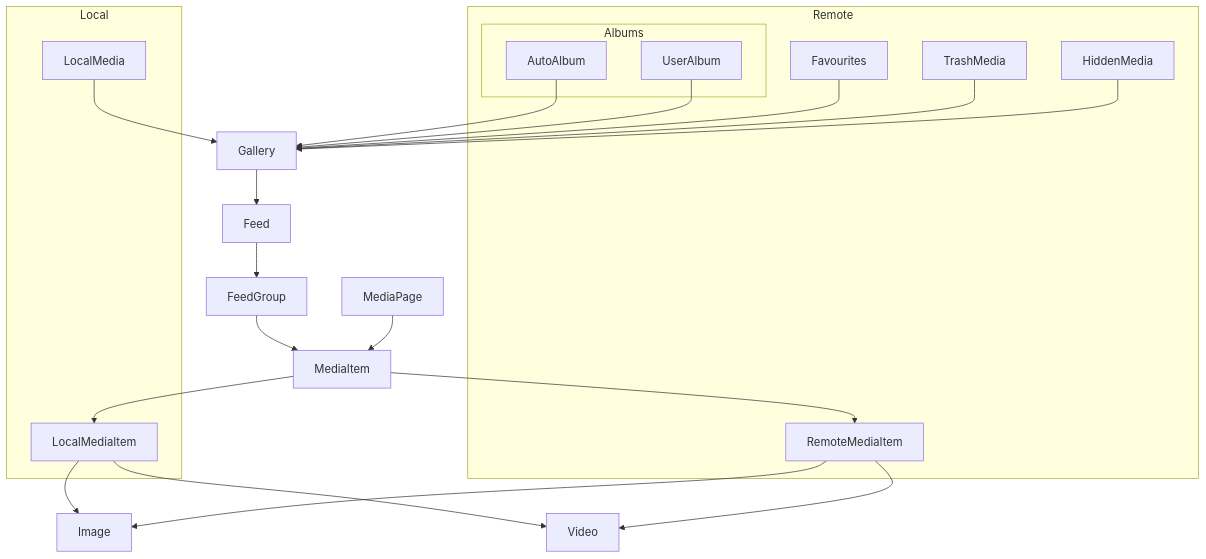
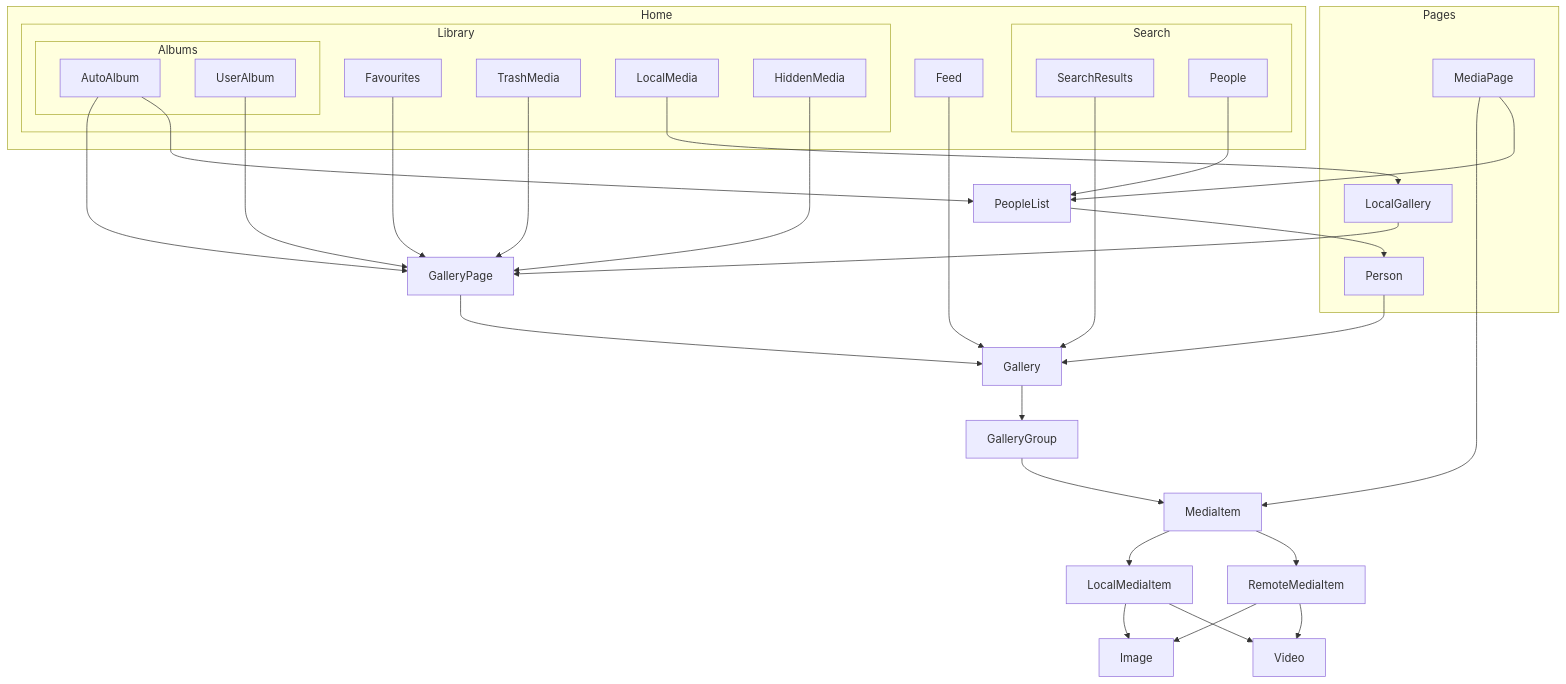
The diagram in domain-model.md (savvasdalkitsis/uhuruphotos-android), drawn with Mermaid before and after one commit. The commit also changed 232 other files, not shown here.

Commit message:
Working towards making feed exclusive to home feed and renaming everything else called Gallery

````diff
--- a/domain-model.md
+++ b/domain-model.md
@@ -5,36 +5,58 @@
 ```mermaid 
 graph TD;
-    Gallery-->Feed;
-    Feed-->FeedGroup;
-    FeedGroup-->MediaItem;
-    MediaPage-->MediaItem;
-    MediaItem-->LocalMediaItem;
-    MediaItem-->RemoteMediaItem;
-    LocalMediaItem-->Image;
-    LocalMediaItem-->Video;
-    RemoteMediaItem-->Image;
-    RemoteMediaItem-->Video;
-    AutoAlbum-->Gallery;
-    UserAlbum-->Gallery;
-    Favourites-->Gallery;
-    TrashMedia-->Gallery;
-    LocalMedia-->Gallery;
-    HiddenMedia-->Gallery;
-    
-    subgraph Local
-        LocalMediaItem;
-        LocalMedia;
+
+    GalleryPage-->Gallery
+    Gallery-->GalleryGroup
+    GalleryGroup-->MediaItem
+    MediaPage-->MediaItem
+    MediaItem-->LocalMediaItem
+    MediaItem-->RemoteMediaItem
+    LocalMediaItem-->Image
+    LocalMediaItem-->Video
+    RemoteMediaItem-->Image
+    RemoteMediaItem-->Video
+    AutoAlbum-->GalleryPage
+    UserAlbum-->GalleryPage
+    Favourites-->GalleryPage
+    TrashMedia-->GalleryPage
+    LocalMedia-->LocalGallery
+    LocalGallery-->GalleryPage
+    HiddenMedia-->GalleryPage
+    Person-->Gallery
+    SearchResults-->Gallery
+    Feed-->Gallery
+    People-->PeopleList
+    PeopleList-->Person
+    MediaPage-->PeopleList
+    AutoAlbum-->PeopleList
+
+    subgraph Pages
+        Person
+        LocalGallery
+        MediaPage
     end
+
+    subgraph Search
+        SearchResults
+        People
+    end
+
     subgraph Albums
-        AutoAlbum;
-        UserAlbum;
+        AutoAlbum
+        UserAlbum
     end
-    
-    subgraph Remote
-        RemoteMediaItem;
-        Albums;
-        Favourites;
-        TrashMedia;
-        HiddenMedia;
+
+    subgraph Library
+        TrashMedia
+        HiddenMedia
+        Albums
+        Favourites
+        LocalMedia
+    end
+
+    subgraph Home
+        Feed
+        Search
+        Library
     end
 ```
````
